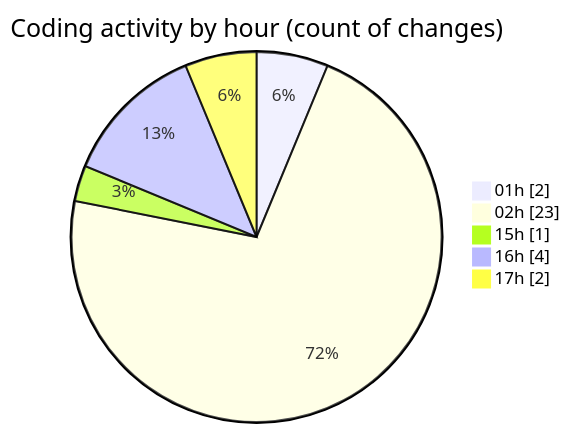
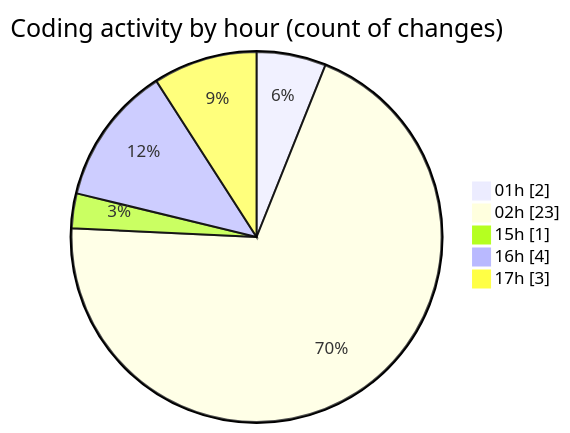
The second of 2 diagrams in 2025-10-01/open-health/README.md (mevix1/code-tracking), drawn with Mermaid before and after one commit. The commit also changed other lines of this file and 1 other file, not shown here.

````diff
--- a/2025-10-01/open-health/README.md
+++ b/2025-10-01/open-health/README.md
@@ -43,9 +43,9 @@
 ```mermaid
 pie showData
 title Coding activity by hour (count of changes)
 "01h" : 2
 "02h" : 23
 "15h" : 1
 "16h" : 4
-"17h" : 2
+"17h" : 3
 ```
````
